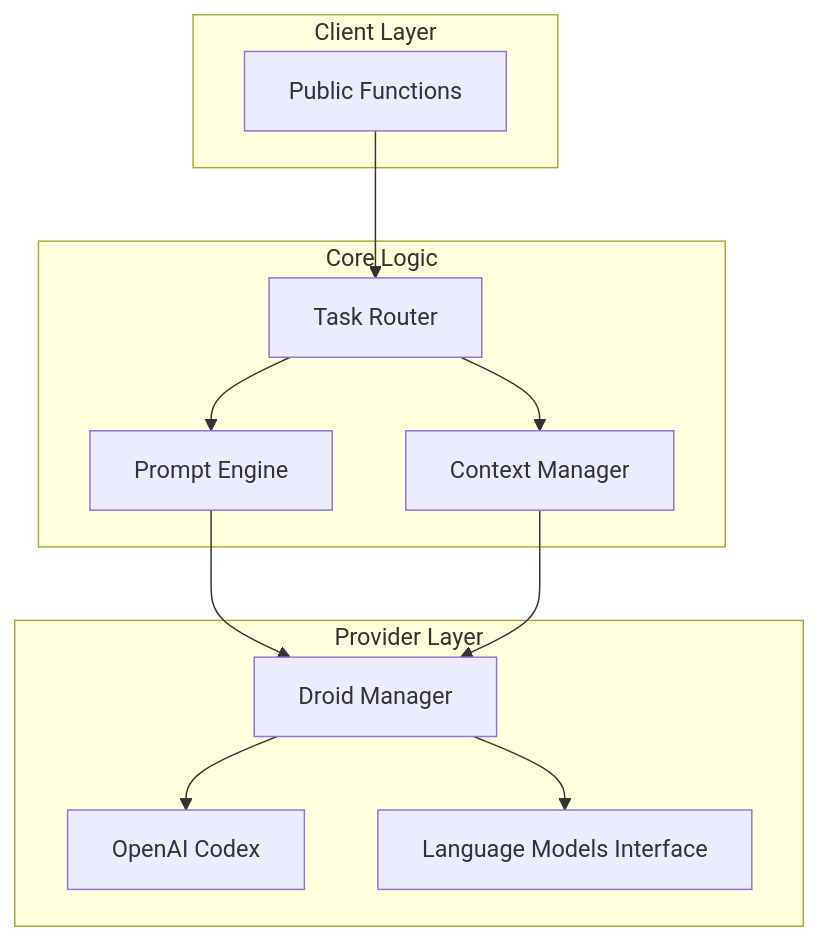
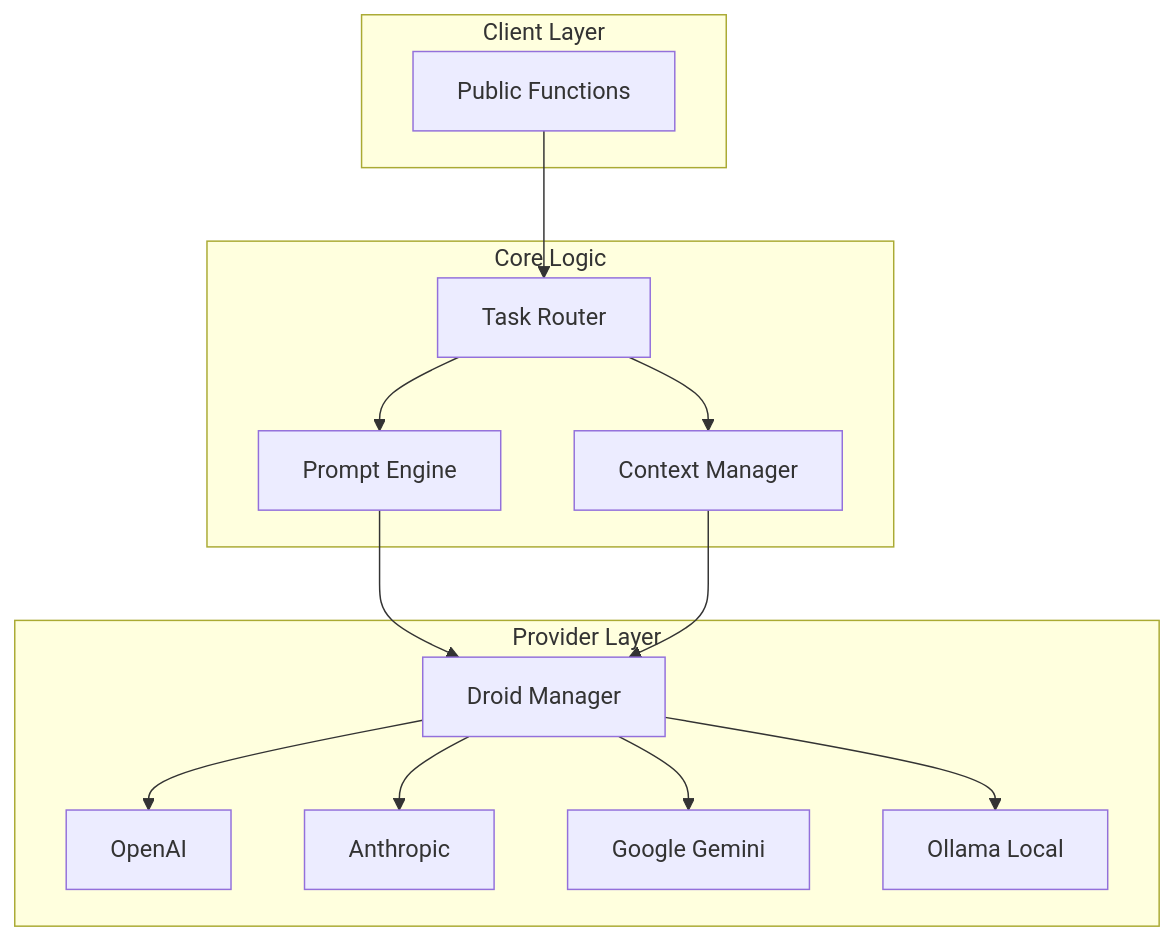
One commit to docxology/codomyrmex changed the diagram in src/codomyrmex/agents/ai_code_editing/SPEC.md. Above: the diagram before and after it, drawn with Mermaid. The commit also changed other lines of this file and 953 other files, not shown here.

````diff
--- a/src/codomyrmex/agents/ai_code_editing/SPEC.md
+++ b/src/codomyrmex/agents/ai_code_editing/SPEC.md
@@ -35,26 +41,30 @@
 ```mermaid
 graph TD
     subgraph "Client Layer"
         PublicAPI[Public Functions]
     end
 
     subgraph "Core Logic"
         TaskRouter[Task Router]
         PromptEngine[Prompt Engine]
         ContextManager[Context Manager]
     end
 
     subgraph "Provider Layer"
-        OpenAI[OpenAI Codex]
+        OpenAI[OpenAI]
+        Anthropic[Anthropic]
+        Google[Google Gemini]
+        Ollama[Ollama Local]
         DroidManager[Droid Manager]
-        LLM[Language Models Interface]
     end
 
     PublicAPI --> TaskRouter
     TaskRouter --> PromptEngine
     TaskRouter --> ContextManager
     PromptEngine --> DroidManager
     ContextManager --> DroidManager
     DroidManager --> OpenAI
-    DroidManager --> LLM
+    DroidManager --> Anthropic
+    DroidManager --> Google
+    DroidManager --> Ollama
 ```
````
